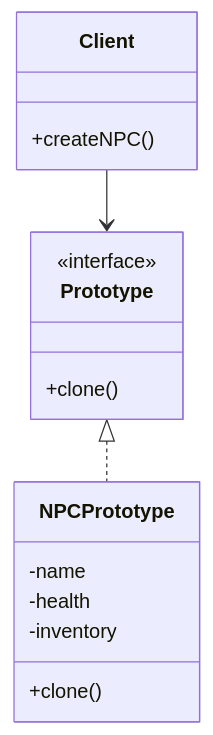
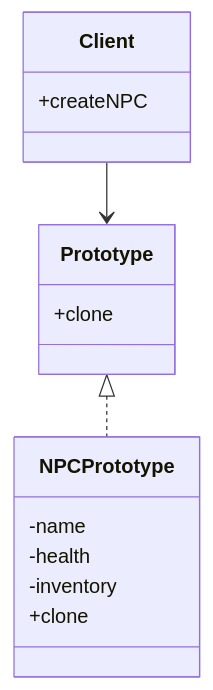
One commit to gojosatoru123-ux/CacheU changed the fifth of 7 diagrams in src/content/lld-prototype-design-pattern.md. Above: the diagram before and after it, drawn with Mermaid. The commit also changed other lines of this file and 21 other files, not shown here.

````diff
--- a/src/content/lld-prototype-design-pattern.md
+++ b/src/content/lld-prototype-design-pattern.md
@@ -454,21 +454,21 @@
 ```mermaid
 classDiagram
+
     class Prototype {
-        <<interface>>
-        +clone()
+        +clone
     }
 
     class NPCPrototype {
         -name
         -health
         -inventory
-        +clone()
+        +clone
     }
 
     class Client {
-        +createNPC()
+        +createNPC
     }
 
     Prototype <|.. NPCPrototype
     Client --> Prototype
 ```
````
